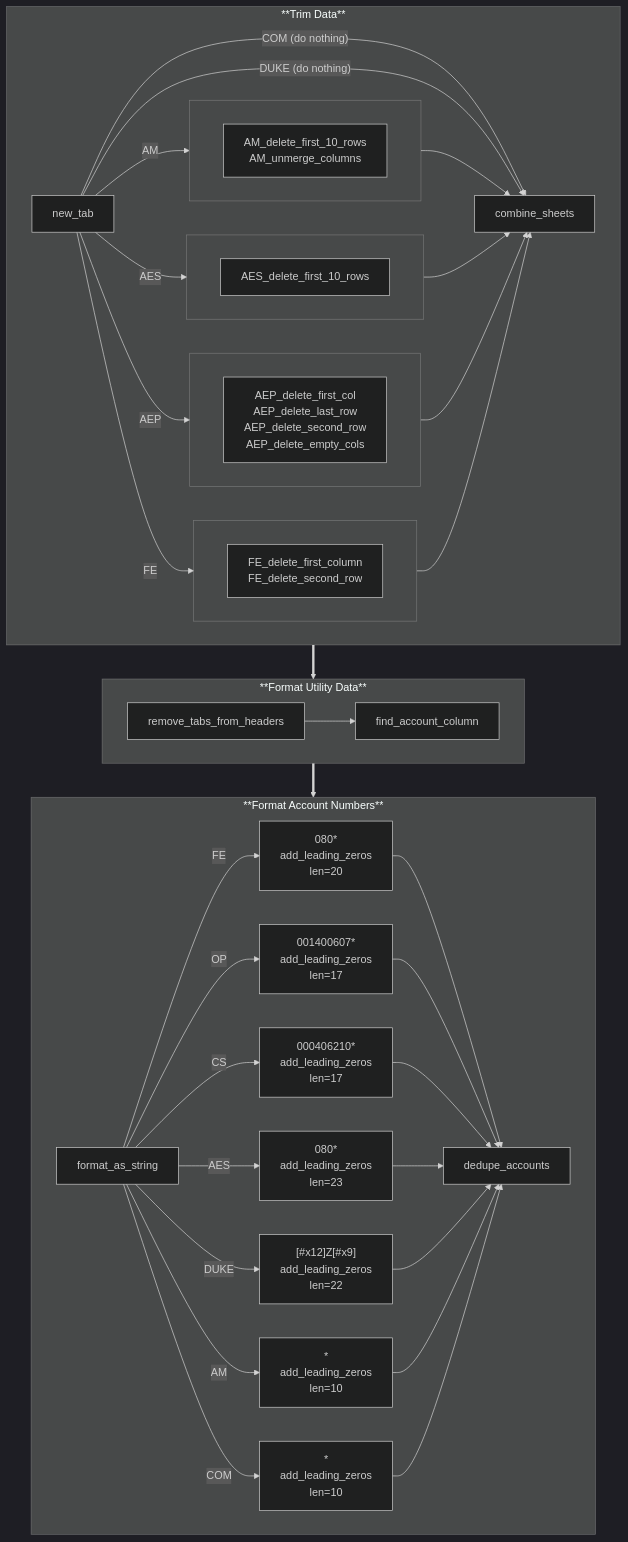
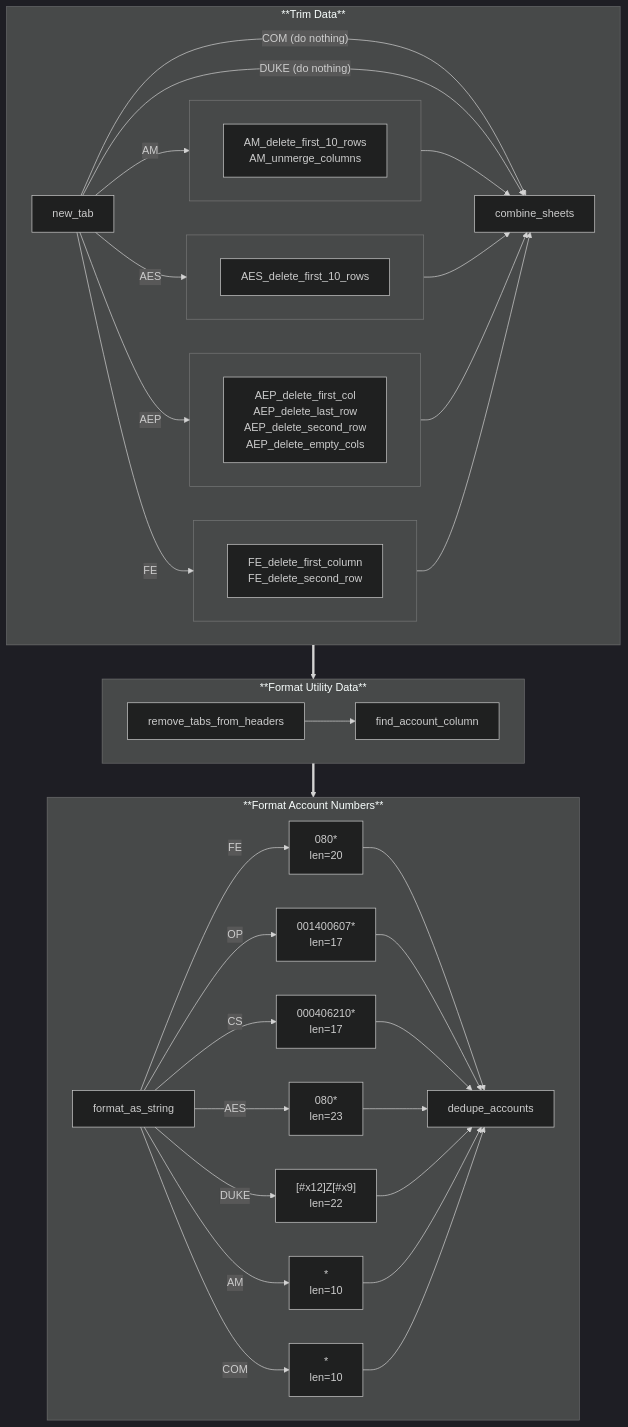
Before and after one commit to vistra-muniagg/List-Management-Tool: the third of 3 diagrams in DIAGRAMS.md, drawn with Mermaid (dark theme).

Commit message:
Simplify account number formatting in diagrams
Removed 'add_leading_zeros' from account number formatting.

````diff
--- a/DIAGRAMS.md
+++ b/DIAGRAMS.md
@@ -73,70 +73,70 @@
 ```mermaid
 
 graph TD
 
     subgraph Trim_Data["**Trim Data**"]
     direction LR
         AM --> combine_sheets
         AES --> combine_sheets
         AEP --> combine_sheets
         %%COM --> combine_sheets
         %%DUKE --> combine_sheets
         FE --> combine_sheets
         %%AM---AEP---AES---COM---DUKE---FE
         new_tab -->|"AM"| AM
         new_tab -->|"AEP"| AEP
         new_tab -->|"AES"| AES
         new_tab -->|"COM (do nothing)"| combine_sheets
         new_tab -->|"DUKE (do nothing)"| combine_sheets
         new_tab -->|"FE"| FE
 
     end
 
     subgraph AEP[" "]
     direction LR
         trim_AEP["AEP_delete_first_col<br>AEP_delete_last_row<br>AEP_delete_second_row<br>AEP_delete_empty_cols"]
     end
 
     subgraph AES[" "]
     direction LR
         trim_AES["AES_delete_first_10_rows"]
     end
 
     subgraph AM[" "]
     direction LR
         trim_AM["AM_delete_first_10_rows<br>AM_unmerge_columns"]
     end
 
     subgraph FE[" "]
     direction LR
         trim_FE["FE_delete_first_column<br>FE_delete_second_row"]
     end
 
     subgraph Format_Utility_Data["**Format Utility Data**"]
     direction LR
         remove_tabs_from_headers --> find_account_column
     end
 
     subgraph Format_Account_Numbers["**Format Account Numbers**"]
     %%direction LR
-        format_as_string -->|"FE"| A["080*<br>add_leading_zeros<br>len=20"]
-        format_as_string -->|"OP"| B["001400607*<br>add_leading_zeros<br>len=17"]
-        format_as_string -->|"CS"| C["000406210*<br>add_leading_zeros<br>len=17"]
-        format_as_string -->|"AES"| D["080*<br>add_leading_zeros<br>len=23"]
-        format_as_string -->|"DUKE"| E["[#x12]Z[#x9]<br>add_leading_zeros<br>len=22"]
-        format_as_string -->|"AM"| F["*<br>add_leading_zeros<br>len=10"]
-        format_as_string -->|"COM"| G["*<br>add_leading_zeros<br>len=10"]
+        format_as_string -->|"FE"| A["080*<br>len=20"]
+        format_as_string -->|"OP"| B["001400607*<br>len=17"]
+        format_as_string -->|"CS"| C["000406210*<br>len=17"]
+        format_as_string -->|"AES"| D["080*<br>len=23"]
+        format_as_string -->|"DUKE"| E["[#x12]Z[#x9]<br>len=22"]
+        format_as_string -->|"AM"| F["*<br>len=10"]
+        format_as_string -->|"COM"| G["*<br>len=10"]
         %%A---B---C---D---E---F---G
         A--> dedupe_accounts
         B--> dedupe_accounts
         C--> dedupe_accounts
         D--> dedupe_accounts
         E--> dedupe_accounts
         F--> dedupe_accounts
         G--> dedupe_accounts
     end
 
     Trim_Data ==> Format_Utility_Data
     Format_Utility_Data ==> Format_Account_Numbers
 
 ```
````
